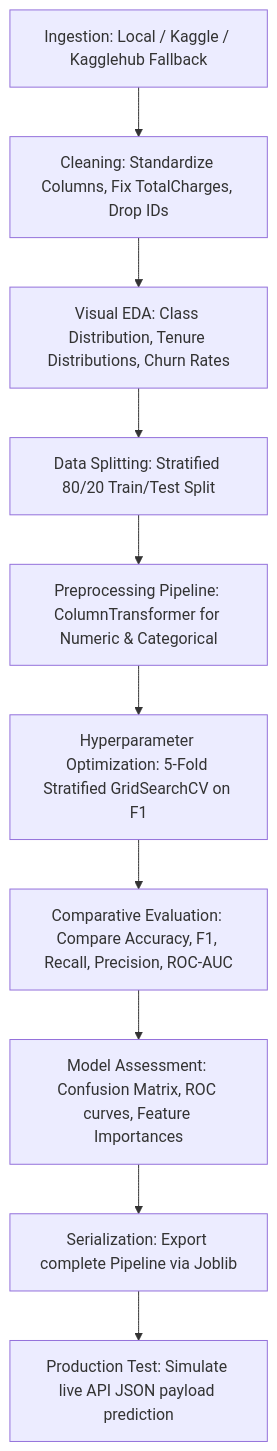
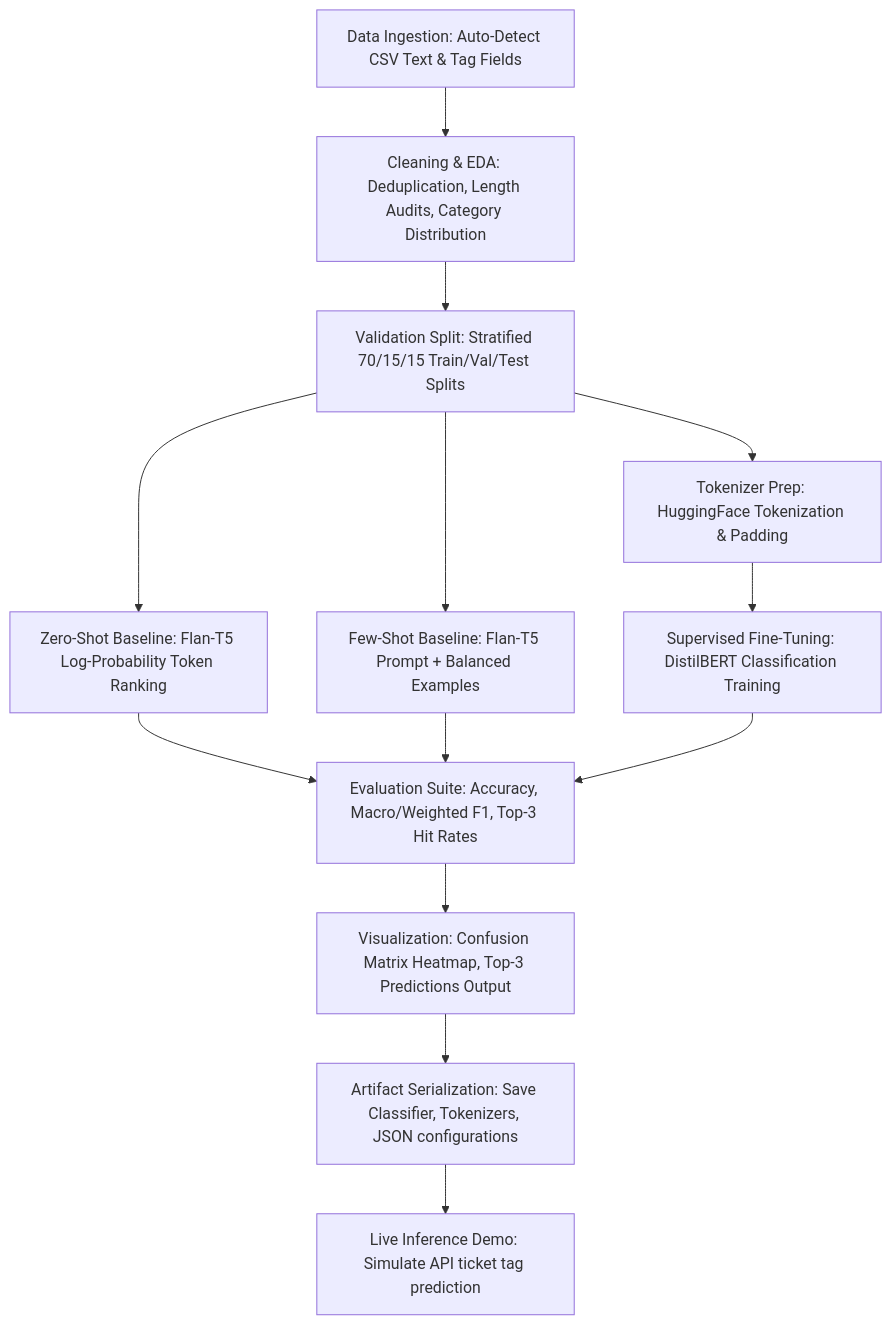
The diagram in Auto_Tagging_Support_Tickets_Using_LLM/README.md (developer-aneeb/AI-ML-Internship-Projects-II), drawn with Mermaid before and after one commit. The commit also changed other lines of this file, not shown here.

Commit message:
Auto Tagging Support Tickets Using LLM

````diff
--- a/Auto_Tagging_Support_Tickets_Using_LLM/README.md
+++ b/Auto_Tagging_Support_Tickets_Using_LLM/README.md
@@ -59,12 +60,15 @@
 ```mermaid
 graph TD
-    A[Ingestion: Local / Kaggle / Kagglehub Fallback] --> B[Cleaning: Standardize Columns, Fix TotalCharges, Drop IDs]
-    B --> C[Visual EDA: Class Distribution, Tenure Distributions, Churn Rates]
-    C --> D[Data Splitting: Stratified 80/20 Train/Test Split]
-    D --> E[Preprocessing Pipeline: ColumnTransformer for Numeric & Categorical]
-    E --> F[Hyperparameter Optimization: 5-Fold Stratified GridSearchCV on F1]
-    F --> G[Comparative Evaluation: Compare Accuracy, F1, Recall, Precision, ROC-AUC]
-    G --> H[Model Assessment: Confusion Matrix, ROC curves, Feature Importances]
-    H --> I[Serialization: Export complete Pipeline via Joblib]
-    I --> J[Production Test: Simulate live API JSON payload prediction]
+    A[Data Ingestion: Auto-Detect CSV Text & Tag Fields] --> B[Cleaning & EDA: Deduplication, Length Audits, Category Distribution]
+    B --> C[Validation Split: Stratified 70/15/15 Train/Val/Test Splits]
+    C --> D[Zero-Shot Baseline: Flan-T5 Log-Probability Token Ranking]
+    C --> E[Few-Shot Baseline: Flan-T5 Prompt + Balanced Examples]
+    C --> F[Tokenizer Prep: HuggingFace Tokenization & Padding]
+    F --> G[Supervised Fine-Tuning: DistilBERT Classification Training]
+    D --> H[Evaluation Suite: Accuracy, Macro/Weighted F1, Top-3 Hit Rates]
+    E --> H
+    G --> H
+    H --> I[Visualization: Confusion Matrix Heatmap, Top-3 Predictions Output]
+    I --> J[Artifact Serialization: Save Classifier, Tokenizers, JSON configurations]
+    J --> K[Live Inference Demo: Simulate API ticket tag prediction]
 ```
````
